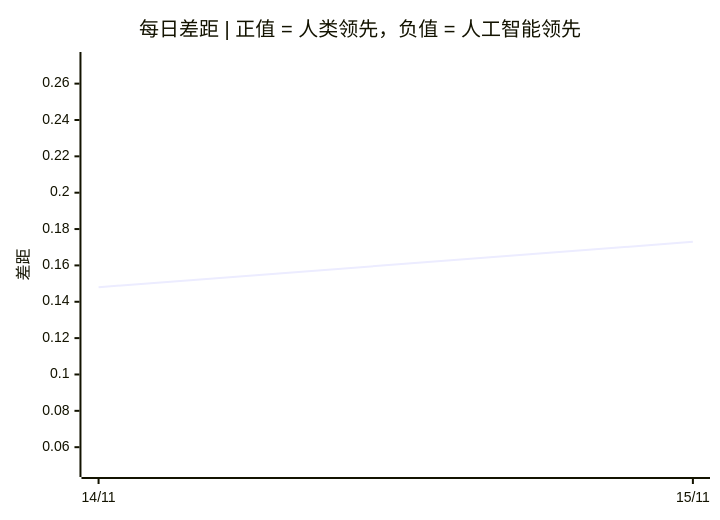
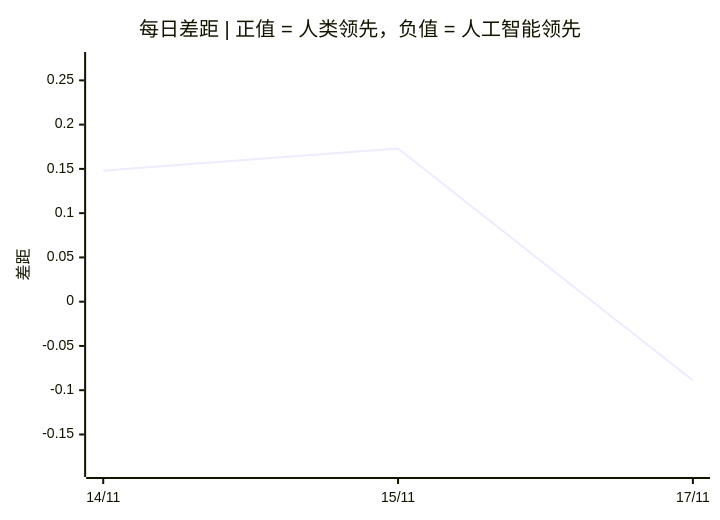
One commit to VQQLK/Human-AI-Monitor changed the third of 3 diagrams in README.zh.md. Above: the diagram before and after it, drawn with Mermaid. The commit also changed other lines of this file and 3 other files, not shown here.

````diff
--- a/README.zh.md
+++ b/README.zh.md
@@ -56,7 +56,7 @@
 ```mermaid
 xychart-beta
     title "每日差距 | 正值 = 人类领先，负值 = 人工智能领先"
-    x-axis ["14/11", "15/11"]
-    y-axis "差距" 0.048 --> 0.273
-    line [0.148, 0.173]
+    x-axis ["14/11", "15/11", "17/11"]
+    y-axis "差距" -0.189 --> 0.273
+    line [0.148, 0.173, -0.089]
 ```
````
